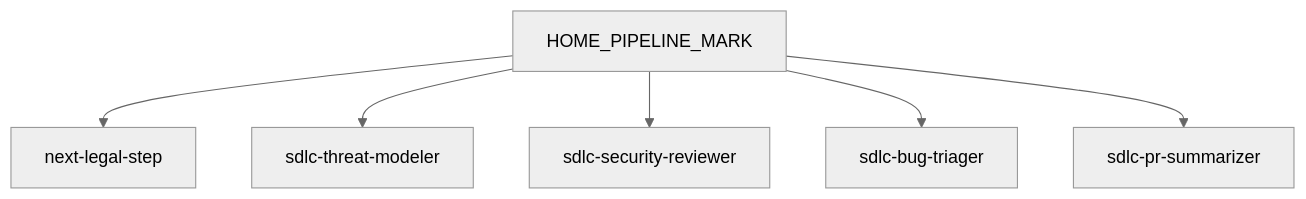
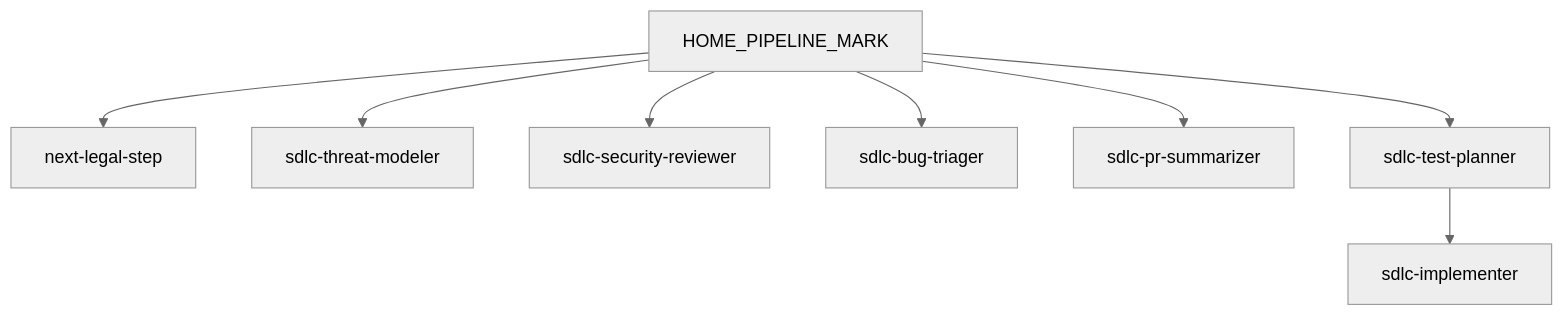
One commit to mjbvilhena/ai-sdlc-harness changed the diagram in tests/docs_browser/e2e/fixtures/lifecycle_pipeline.md. Above: the diagram before and after it, drawn with Mermaid (neutral theme). The commit also changed 28 other files, not shown here.

First line of the commit message:
feat: add sdlc-test-planner and sdlc-implementer on the legal path

````diff
--- a/tests/docs_browser/e2e/fixtures/lifecycle_pipeline.md
+++ b/tests/docs_browser/e2e/fixtures/lifecycle_pipeline.md
@@ -5,13 +5,17 @@
 ```mermaid
 flowchart TD
     HOME_PIPELINE_NODE[HOME_PIPELINE_MARK]
     HOME_PIPELINE_NODE --> NEXT[next-legal-step]
     Threat[sdlc-threat-modeler]
     Sec[sdlc-security-reviewer]
     Triage[sdlc-bug-triager]
     PRSum[sdlc-pr-summarizer]
+    Planner[sdlc-test-planner]
+    Implementer[sdlc-implementer]
     HOME_PIPELINE_NODE --> Threat
     HOME_PIPELINE_NODE --> Sec
     HOME_PIPELINE_NODE --> Triage
     HOME_PIPELINE_NODE --> PRSum
+    HOME_PIPELINE_NODE --> Planner
+    Planner --> Implementer
 ```
````
